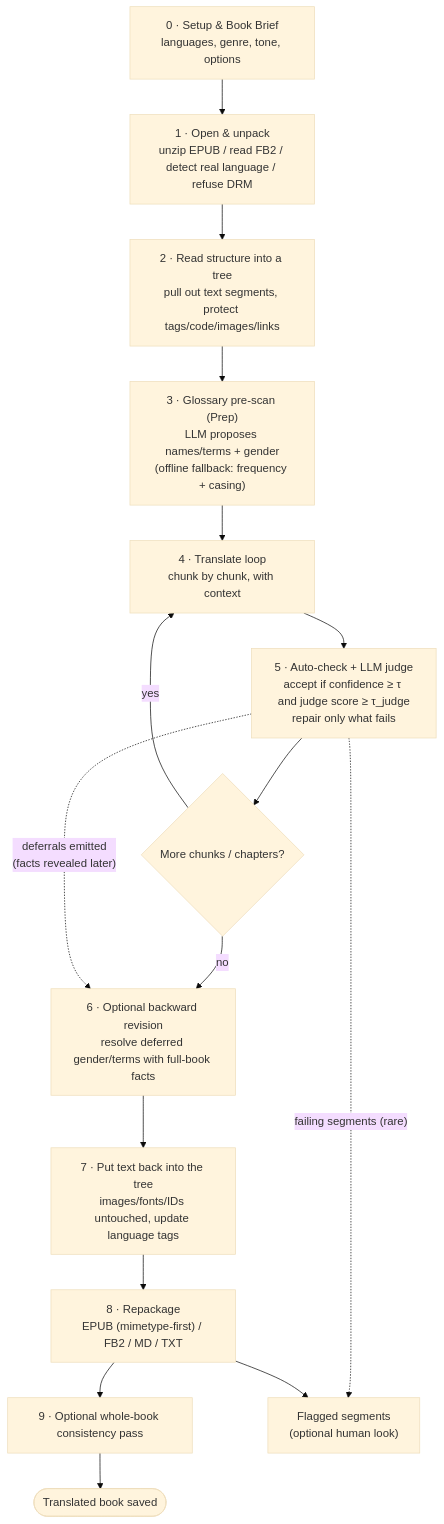
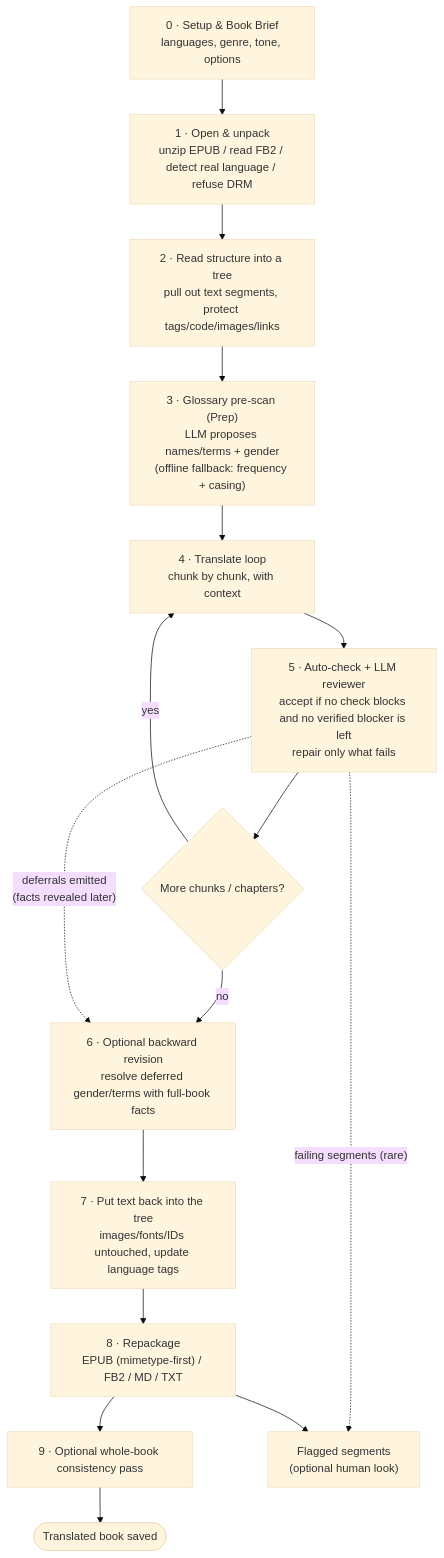
The diagram in docs/specification/diagrams/pipeline.mermaid (sanyokkua/book_loom), drawn with Mermaid (base theme) before and after one commit. The commit also changed 2760 other files, not shown here.

```diff
--- a/docs/specification/diagrams/pipeline.mermaid
+++ b/docs/specification/diagrams/pipeline.mermaid
@@ -1,17 +1,17 @@
 flowchart TD
     S0["0 · Setup & Book Brief<br/>languages, genre, tone, options"] --> S1
     S1["1 · Open & unpack<br/>unzip EPUB / read FB2 / detect real language / refuse DRM"] --> S2
     S2["2 · Read structure into a tree<br/>pull out text segments, protect tags/code/images/links"] --> S3
     S3["3 · Glossary pre-scan (Prep)<br/>LLM proposes names/terms + gender<br/>(offline fallback: frequency + casing)"] --> S4
     S4["4 · Translate loop<br/>chunk by chunk, with context"] --> S5
-    S5["5 · Auto-check + LLM judge<br/>accept if confidence ≥ τ and judge score ≥ τ_judge<br/>repair only what fails"] --> S6
+    S5["5 · Auto-check + LLM reviewer<br/>accept if no check blocks and no verified blocker is left<br/>repair only what fails"] --> S6
     S6{"More chunks / chapters?"}
     S6 -- yes --> S4
     S6 -- no --> BR["6 · Optional backward revision<br/>resolve deferred gender/terms with full-book facts"]
     BR --> S7["7 · Put text back into the tree<br/>images/fonts/IDs untouched, update language tags"]
     S7 --> S8["8 · Repackage<br/>EPUB (mimetype-first) / FB2 / MD / TXT"]
     S8 --> S9["9 · Optional whole-book consistency pass"]
     S9 --> DONE(["Translated book saved"])
     S5 -. " failing segments (rare) " .-> Q["Flagged segments<br/>(optional human look)"]
     S5 -. " deferrals emitted<br/>(facts revealed later) " .-> BR
     S8 --> Q
```
